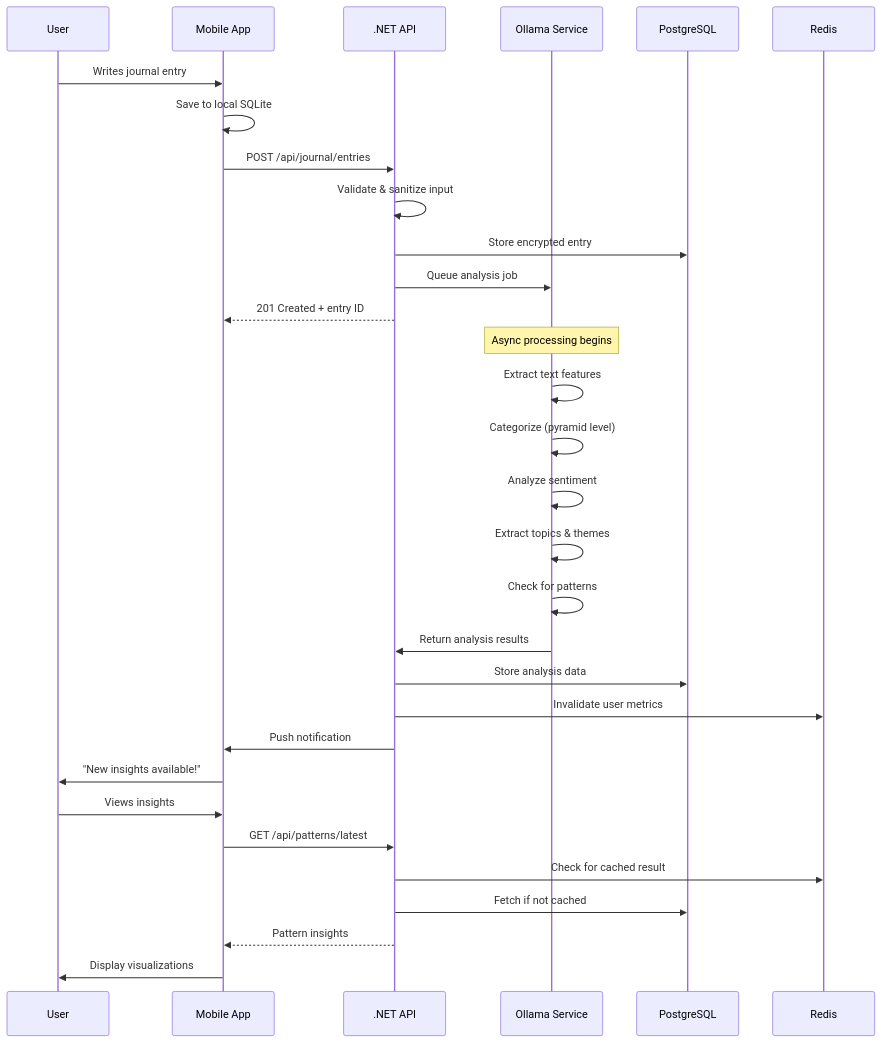
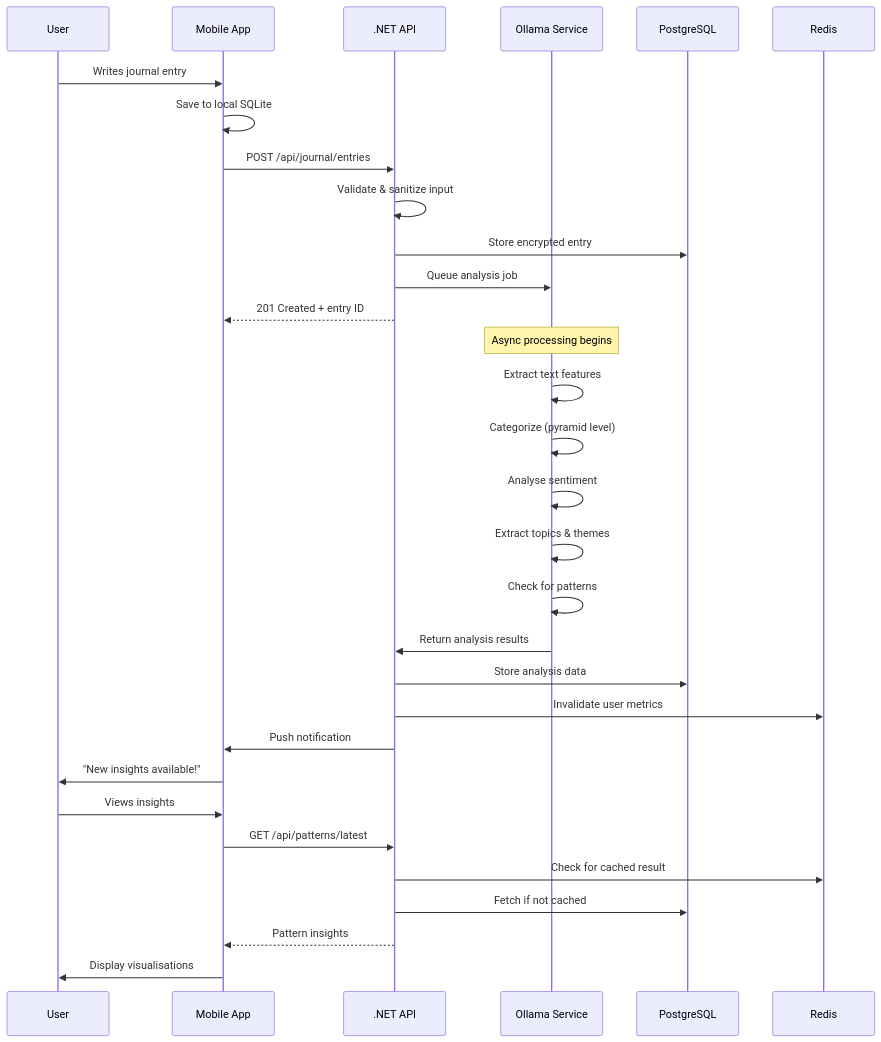
One commit to ben-marino/sociallyfed-ai-workflow changed the first of 2 diagrams in docs/SOCIALLYFED_OVERVIEW.md. Above: the diagram before and after it, drawn with Mermaid. The commit also changed other lines of this file, not shown here.

````diff
--- a/docs/SOCIALLYFED_OVERVIEW.md
+++ b/docs/SOCIALLYFED_OVERVIEW.md
@@ -562,38 +562,38 @@
 ```mermaid
 sequenceDiagram
     participant User
     participant Mobile as Mobile App
     participant API as .NET API
     participant LLM as Ollama Service
     participant DB as PostgreSQL
     participant Cache as Redis
 
     User->>Mobile: Writes journal entry
     Mobile->>Mobile: Save to local SQLite
     Mobile->>API: POST /api/journal/entries
     API->>API: Validate & sanitize input
     API->>DB: Store encrypted entry
     API->>LLM: Queue analysis job
     API-->>Mobile: 201 Created + entry ID
     
     Note over LLM: Async processing begins
     
     LLM->>LLM: Extract text features
     LLM->>LLM: Categorize (pyramid level)
-    LLM->>LLM: Analyze sentiment
+    LLM->>LLM: Analyse sentiment
     LLM->>LLM: Extract topics & themes
     LLM->>LLM: Check for patterns
     LLM->>API: Return analysis results
     
     API->>DB: Store analysis data
     API->>Cache: Invalidate user metrics
     API->>Mobile: Push notification
     
     Mobile->>User: "New insights available!"
     User->>Mobile: Views insights
     Mobile->>API: GET /api/patterns/latest
     API->>Cache: Check for cached result
     API->>DB: Fetch if not cached
     API-->>Mobile: Pattern insights
-    Mobile->>User: Display visualizations
+    Mobile->>User: Display visualisations
 ```
````
